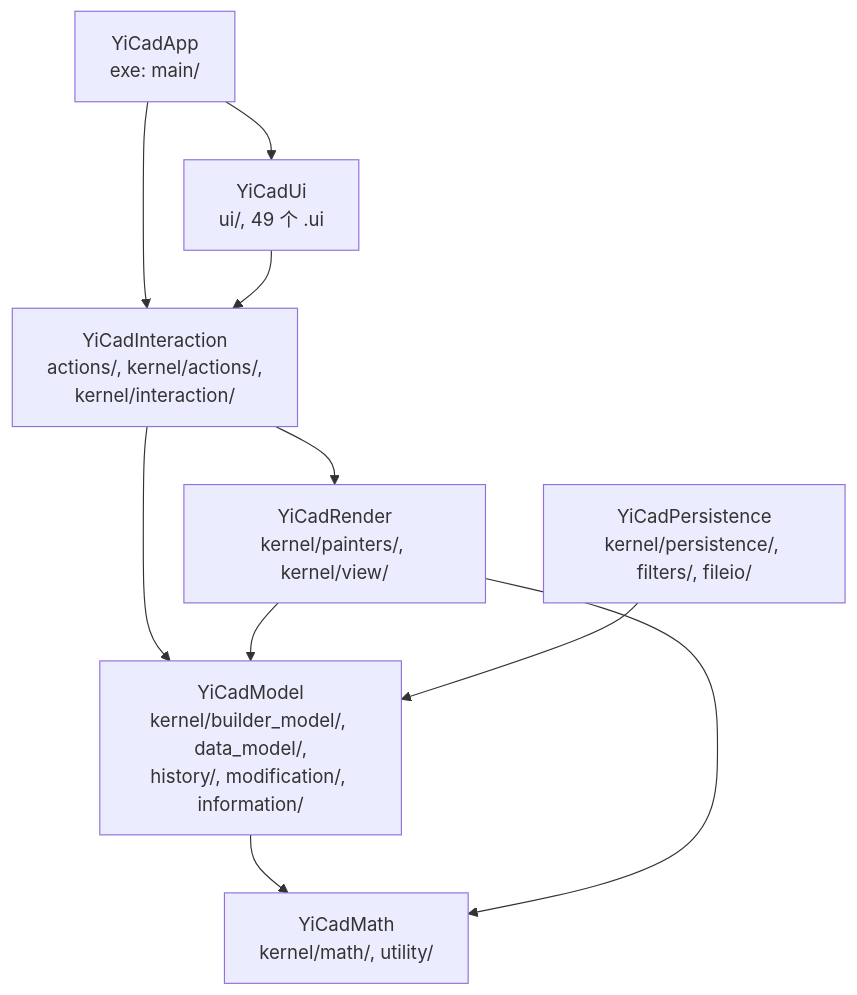
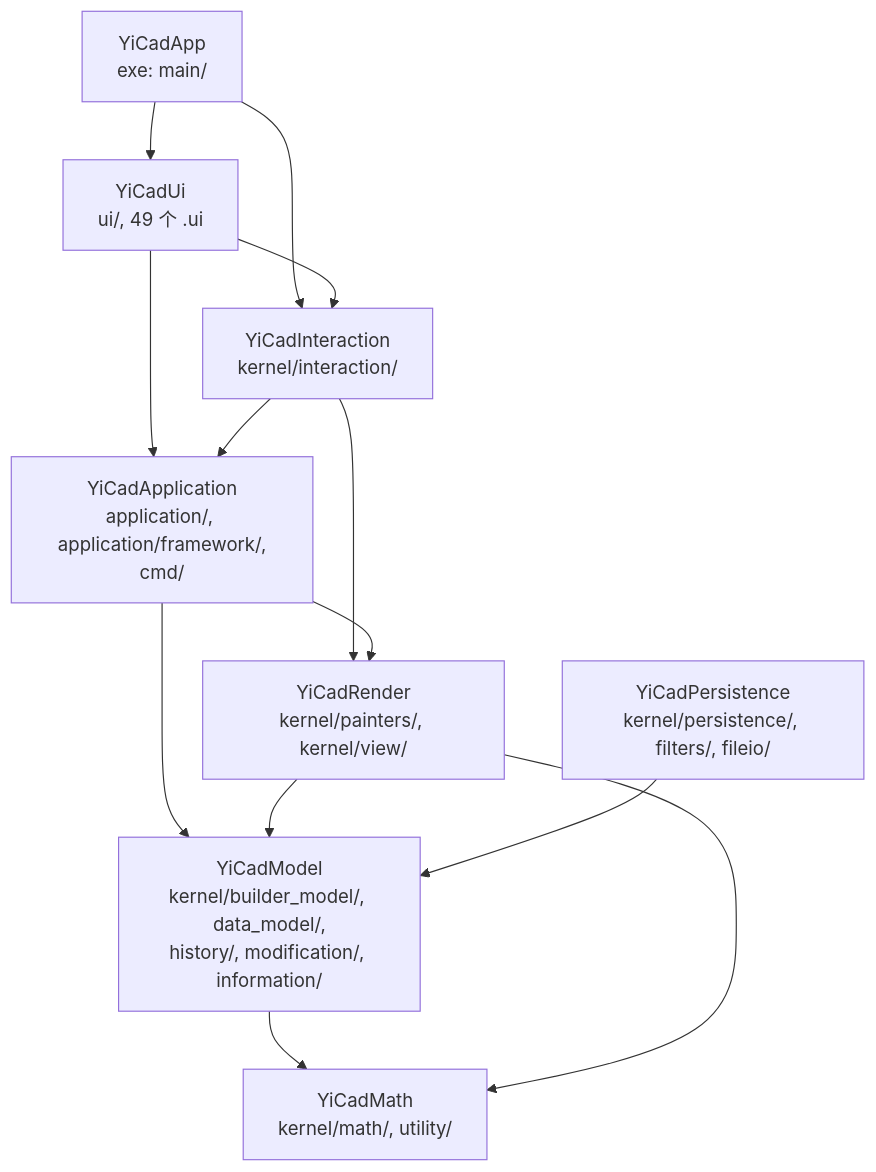
One commit to chicai-18/YiCAD changed the second of 2 diagrams in doc/ARCHITECTURE_EVOLUTION_PLAN.md. Above: the diagram before and after it, drawn with Mermaid. The commit also changed other lines of this file and 39 other files, not shown here.

First line of the commit message:
业务工具化第四步③：命令机制移到 src/application，扩展框架移到 src/application/framework

````diff
--- a/doc/ARCHITECTURE_EVOLUTION_PLAN.md
+++ b/doc/ARCHITECTURE_EVOLUTION_PLAN.md
@@ -560,20 +560,24 @@
 ```mermaid
 flowchart TB
     App["YiCadApp<br/>exe: main/"]
     Ui["YiCadUi<br/>ui/, 49 个 .ui"]
-    Inter["YiCadInteraction<br/>actions/, kernel/actions/,<br/>kernel/interaction/"]
+    Inter["YiCadInteraction<br/>kernel/interaction/"]
+    Appl["YiCadApplication<br/>application/, application/framework/,<br/>cmd/"]
     Render["YiCadRender<br/>kernel/painters/, kernel/view/"]
     Persist["YiCadPersistence<br/>kernel/persistence/, filters/, fileio/"]
     Model["YiCadModel<br/>kernel/builder_model/, data_model/,<br/>history/, modification/, information/"]
     Math["YiCadMath<br/>kernel/math/, utility/"]
 
     App --> Ui
     App --> Inter
     Ui --> Inter
+    Ui --> Appl
+    Inter --> Appl
     Inter --> Render
-    Inter --> Model
+    Appl --> Render
+    Appl --> Model
     Render --> Model
     Persist --> Model
     Model --> Math
     Render --> Math
 ```
````
